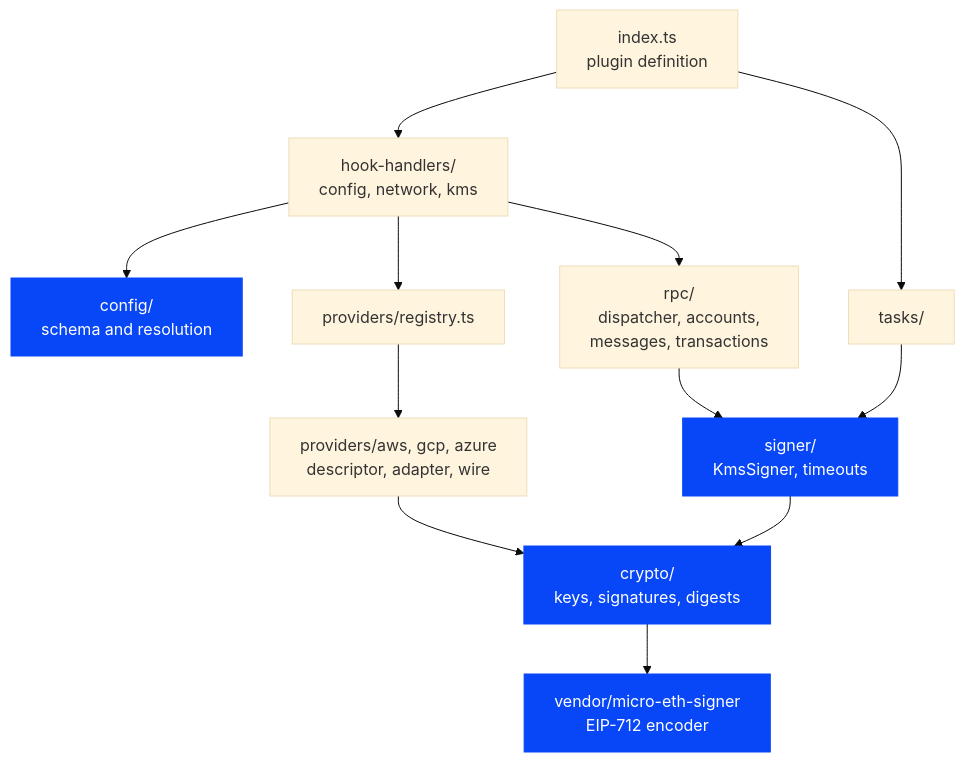
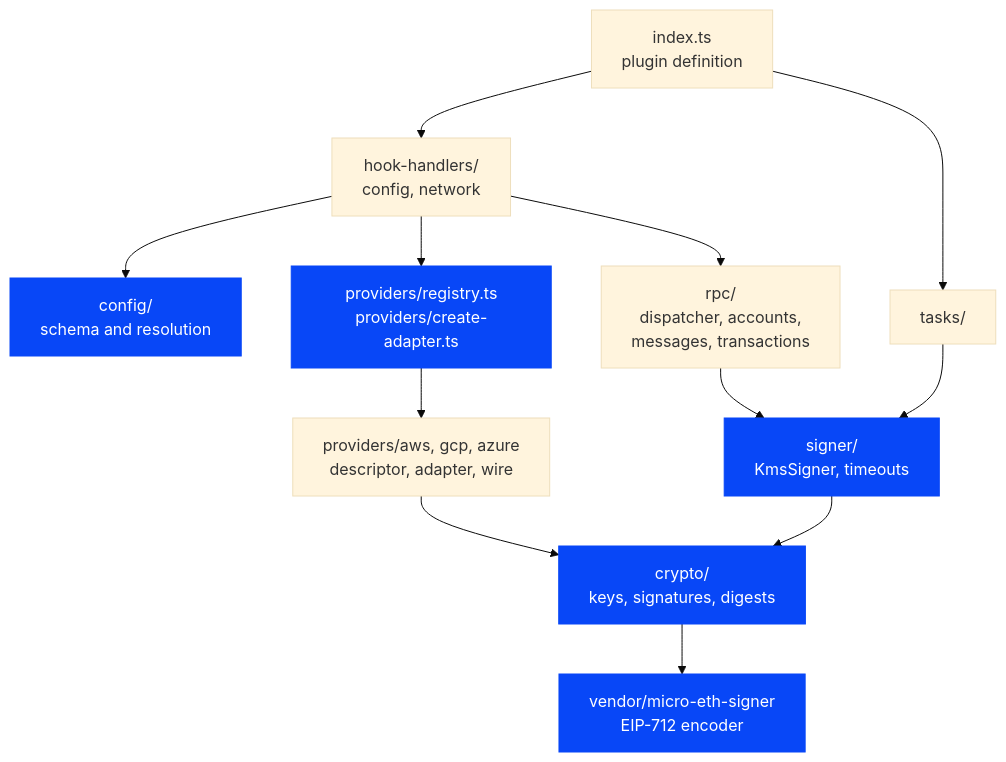
Before and after one commit to aelmanaa/hardhat-kms: the first of 3 diagrams in docs/contributor/architecture.md, drawn with Mermaid (base theme). The commit also changed other lines of this file and 12 other files, not shown here.

First line of the commit message:
feat: add the kms hook for third-party providers (#83)

````diff
--- a/docs/contributor/architecture.md
+++ b/docs/contributor/architecture.md
@@ -11,16 +11,16 @@
 ```mermaid
 flowchart TD
-  index["index.ts<br/>plugin definition"] --> hooks["hook-handlers/<br/>config, network, kms"]
+  index["index.ts<br/>plugin definition"] --> hooks["hook-handlers/<br/>config, network"]
   index --> tasks["tasks/"]
   hooks --> config["config/<br/>schema and resolution"]
-  hooks --> registry["providers/registry.ts"]
+  hooks --> registry["providers/registry.ts<br/>providers/create-adapter.ts"]
   hooks --> rpc["rpc/<br/>dispatcher, accounts,<br/>messages, transactions"]
   rpc --> signer["signer/<br/>KmsSigner, timeouts"]
   tasks --> signer
   registry --> adapters["providers/aws, gcp, azure<br/>descriptor, adapter, wire"]
   signer --> crypto["crypto/<br/>keys, signatures, digests"]
   adapters --> crypto
   crypto --> vendor["vendor/micro-eth-signer<br/>EIP-712 encoder"]
   classDef done fill:#0847F7,color:#fff,stroke:#0847F7
-  class crypto,signer,vendor,config done
+  class crypto,signer,vendor,config,registry done
 ```
````
